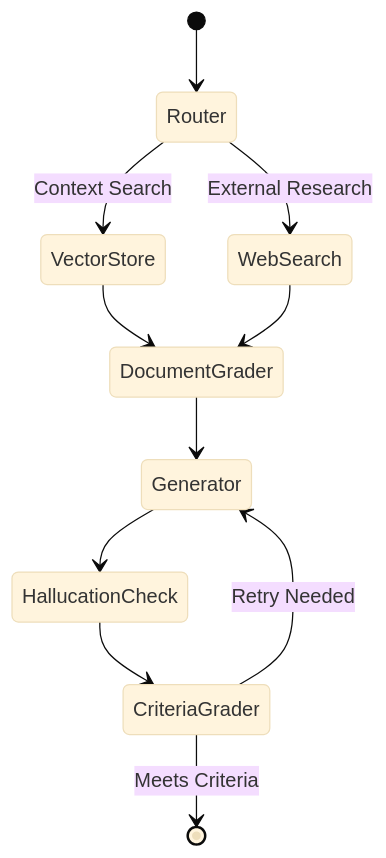
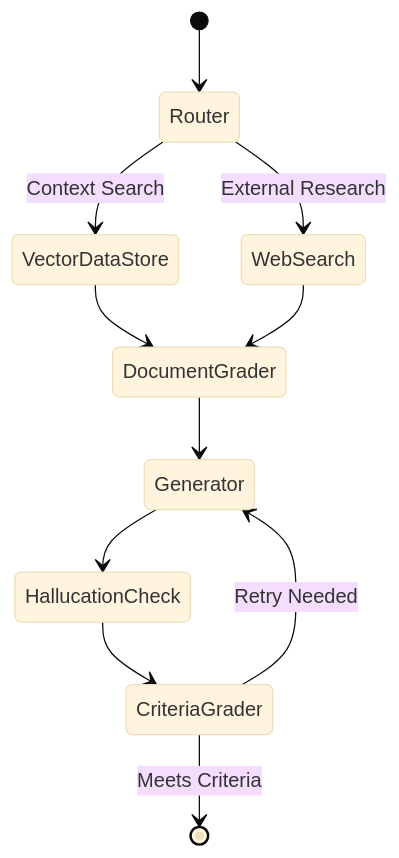
Before and after one commit to tofaramususa/Aqlan: the first of 2 diagrams in README.md, drawn with Mermaid (base theme).

````diff
--- a/README.md
+++ b/README.md
@@ -96,13 +96,13 @@
 ```mermaid
 stateDiagram-v2
     [*] --> Router
-    Router --> VectorStore: Context Search
+    Router --> VectorDataStore: Context Search
     Router --> WebSearch: External Research
-    VectorStore --> DocumentGrader
+    VectorDataStore --> DocumentGrader
     WebSearch --> DocumentGrader
     DocumentGrader --> Generator
     Generator --> HallucationCheck
     HallucationCheck --> CriteriaGrader
     CriteriaGrader --> [*]: Meets Criteria
     CriteriaGrader --> Generator: Retry Needed
 ```
````
